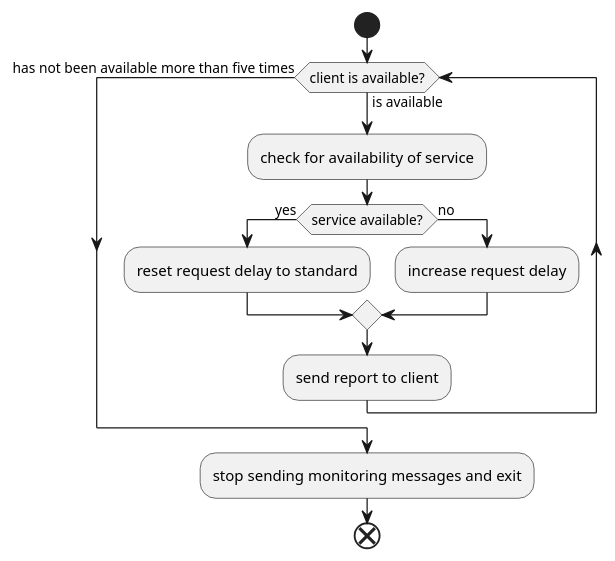
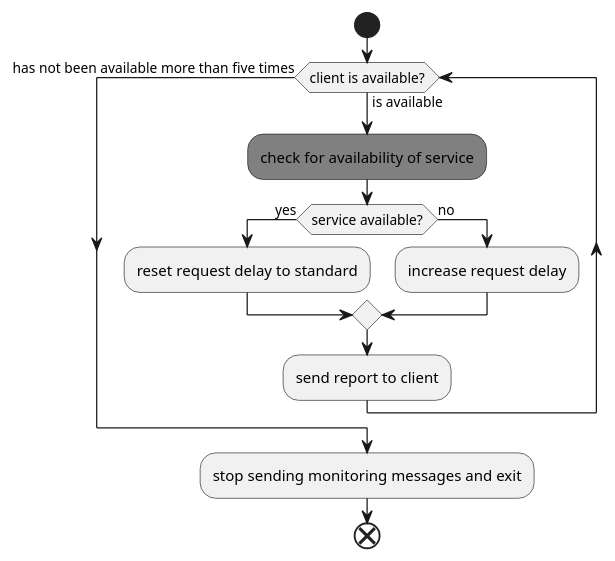
The diagram in ausarbeitung/UMLs/server_mainloop.puml (koenigsreiter/cpp_monitoring), drawn with PlantUML before and after one commit. The commit also changed 8 other files, not shown here.

First line of the commit message:
Adds documentation to client & reworks the activity diagram

```diff
--- a/ausarbeitung/UMLs/server_mainloop.puml
+++ b/ausarbeitung/UMLs/server_mainloop.puml
@@ -1,20 +1,20 @@
 @startuml server_mainloop
 
 start
 
 while (client is available?) is (is available)
-	:check for availability of service;
+	#Gray:check for availability of service;
 
 	if (service available?) then (yes)
 		:reset request delay to standard;
 	else (no)
 		:increase request delay;
 	endif
 	
 	:send report to client;
 endwhile (has not been available more than five times)
 :stop sending monitoring messages and exit;
 
 end
 
 @enduml
```
